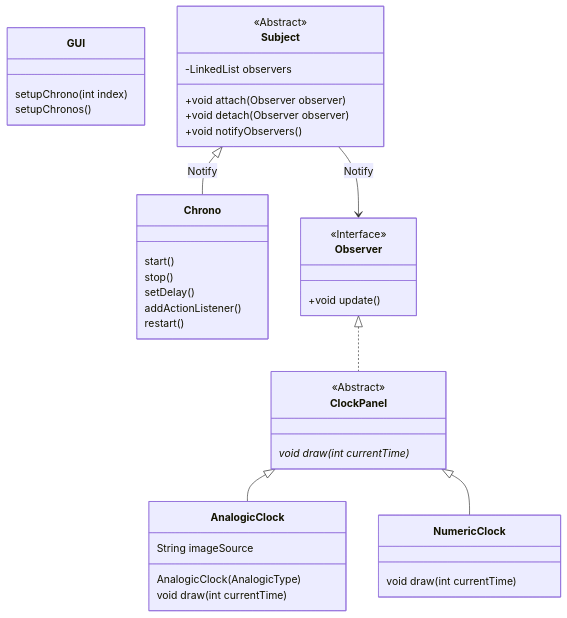
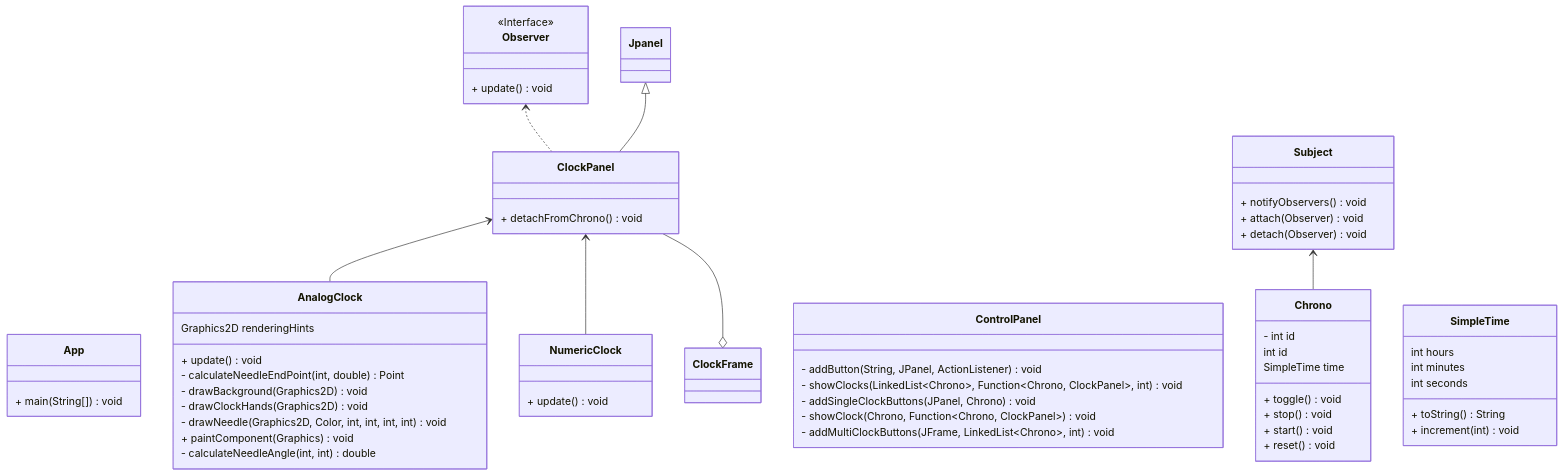
One commit to DrC0okie/HEIG_MCR_Labo1 changed the diagram in README.md. Above: the diagram before and after it, drawn with Mermaid. The commit also changed 2 other files, not shown here.

````diff
--- a/README.md
+++ b/README.md
@@ -4,51 +4,68 @@
 ```mermaid
 classDiagram
+    direction BT
+    class App {
+        + main(String[]) void
+    }
+    class Jpanel{
+        
+    }
+    class AnalogClock {
+        + update() void
+        - calculateNeedleEndPoint(int, double) Point
+        - drawBackground(Graphics2D) void
+        - drawClockHands(Graphics2D) void
+        - drawNeedle(Graphics2D, Color, int, int, int, int) void
+        + paintComponent(Graphics) void
+        - calculateNeedleAngle(int, int) double
+        Graphics2D renderingHints
+    }
 
-class Chrono {
-	start()
-	stop()
-	setDelay()
-	addActionListener()
-	restart()
-}
-
-class GUI {
-	setupChrono(int index)
-	setupChronos()
-}
-
-    class Subject {
-        <<Abstract>>
-        -LinkedList<Observer> observers
-        +void attach(Observer observer)
-        +void detach(Observer observer)
-        +void notifyObservers()
+    class Chrono {
+        - int id
+        + toggle() void
+        + stop() void
+        + start() void
+        + reset() void
+        int id
+        SimpleTime time
     }
-    
+    class ClockFrame
+    class ClockPanel {
+        + detachFromChrono() void
+    }
+    class ControlPanel {
+        - addButton(String, JPanel, ActionListener) void
+        - showClocks(LinkedList~Chrono~, Function~Chrono, ClockPanel~, int) void
+        - addSingleClockButtons(JPanel, Chrono) void
+        - showClock(Chrono, Function~Chrono, ClockPanel~) void
+        - addMultiClockButtons(JFrame, LinkedList~Chrono~, int) void
+    }
+    class NumericClock {
+        + update() void
+    }
     class Observer {
         <<Interface>>
-        +void update()
+        + update() void
+    }
+    class SimpleTime {
+        + toString() String
+        + increment(int) void
+        int hours
+        int minutes
+        int seconds
+    }
+    class Subject {
+        + notifyObservers() void
+        + attach(Observer) void
+        + detach(Observer) void
     }
 
-class ClockPanel {
-    <<Abstract>>
-	void draw(int currentTime)*
-}
-
-class AnalogicClock {
-    AnalogicClock(AnalogicType)
-    String imageSource
-	void draw(int currentTime)
-}
-
-class NumericClock {
-	void draw(int currentTime)
-}
-
-ClockPanel <|-- AnalogicClock
-ClockPanel <|-- NumericClock
-Subject <|-- Chrono : Notify
-Subject --> Observer : Notify
-Observer <|.. ClockPanel
+    AnalogClock  -->  ClockPanel
+    Chrono  -->  Subject
+    ClockPanel  ..>  Observer
+    NumericClock  -->  ClockPanel
+    ClockPanel --|>Jpanel
+    ClockFrame o-- ClockPanel
 
 ```
````
